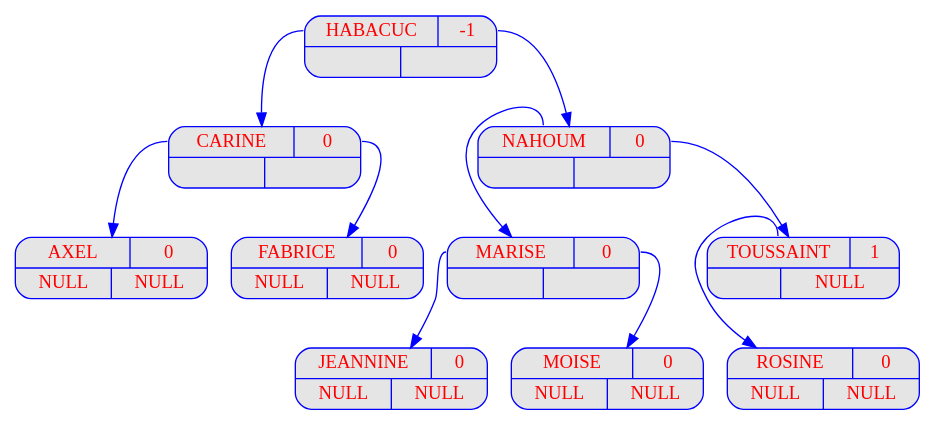
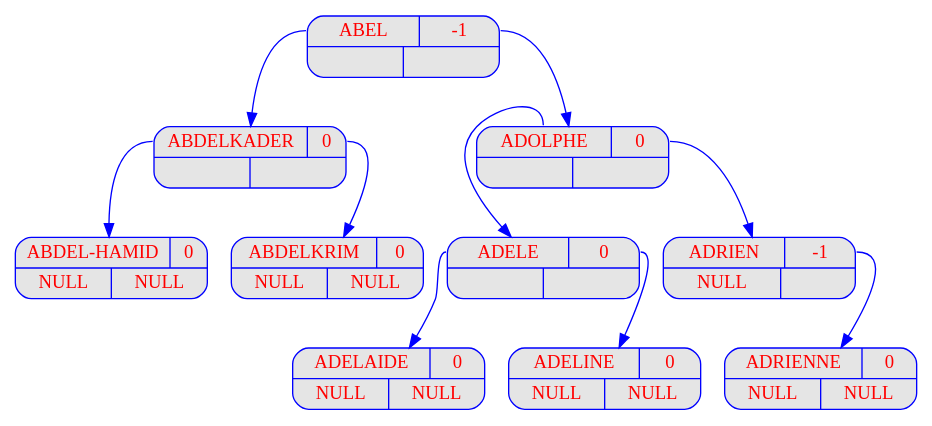
The diagram in Programme_1/output_Prog1/dot/displayAVL_v09.dot (FilRougeAAP/Fil_Rouge), drawn with Graphviz before and after one commit. The commit also changed 45 other files, not shown here.

```diff
--- a/Programme_1/output_Prog1/dot/displayAVL_v09.dot
+++ b/Programme_1/output_Prog1/dot/displayAVL_v09.dot
@@ -1,42 +1,42 @@
 digraph displayAVL {
 	node [
 		fontname  = "Arial bold" 
 		fontsize  = "14"
 		fontcolor = "red"
 		style     = "rounded, filled"
 		shape     = "record"
 		fillcolor = "grey90"
 		color     = "blue"
 		width     = "2"
 	]
 
 	edge [
 		color     = "blue"
 	]
 
-	"HABACUC" [label = "{{<g> HABACUC | <d> -1 } | { <g> | <d>}}"];
-	"HABACUC":g -> "CARINE";
-	"CARINE" [label = "{{<g> CARINE | <d> 0 } | { <g> | <d>}}"];
-	"CARINE":g -> "AXEL";
-	"AXEL" [label = "{{<g> AXEL | <d> 0 } | { <g> | <d>}}"];
-	"AXEL" [label = "{{<g> AXEL | <d> 0 }| { <g> NULL | <d> NULL}}"];
-	"CARINE":d -> "FABRICE";
-	"FABRICE" [label = "{{<g> FABRICE | <d> 0 } | { <g> | <d>}}"];
-	"FABRICE" [label = "{{<g> FABRICE | <d> 0 }| { <g> NULL | <d> NULL}}"];
-	"HABACUC":d -> "NAHOUM";
-	"NAHOUM" [label = "{{<g> NAHOUM | <d> 0 } | { <g> | <d>}}"];
-	"NAHOUM":g -> "MARISE";
-	"MARISE" [label = "{{<g> MARISE | <d> 0 } | { <g> | <d>}}"];
-	"MARISE":g -> "JEANNINE";
-	"JEANNINE" [label = "{{<g> JEANNINE | <d> 0 } | { <g> | <d>}}"];
-	"JEANNINE" [label = "{{<g> JEANNINE | <d> 0 }| { <g> NULL | <d> NULL}}"];
-	"MARISE":d -> "MOISE";
-	"MOISE" [label = "{{<g> MOISE | <d> 0 } | { <g> | <d>}}"];
-	"MOISE" [label = "{{<g> MOISE | <d> 0 }| { <g> NULL | <d> NULL}}"];
-	"NAHOUM":d -> "TOUSSAINT";
-	"TOUSSAINT" [label = "{{<g> TOUSSAINT | <d> 1 } | { <g> | <d>}}"];
-	"TOUSSAINT" [label = "{{<g> TOUSSAINT | <d> 1 }| { <g> | <d> NULL}}"];
-	"TOUSSAINT":g -> "ROSINE";
-	"ROSINE" [label = "{{<g> ROSINE | <d> 0 } | { <g> | <d>}}"];
-	"ROSINE" [label = "{{<g> ROSINE | <d> 0 }| { <g> NULL | <d> NULL}}"];
+	"ABEL" [label = "{{<g> ABEL | <d> -1 } | { <g> | <d>}}"];
+	"ABEL":g -> "ABDELKADER";
+	"ABDELKADER" [label = "{{<g> ABDELKADER | <d> 0 } | { <g> | <d>}}"];
+	"ABDELKADER":g -> "ABDEL-HAMID";
+	"ABDEL-HAMID" [label = "{{<g> ABDEL-HAMID | <d> 0 } | { <g> | <d>}}"];
+	"ABDEL-HAMID" [label = "{{<g> ABDEL-HAMID | <d> 0 }| { <g> NULL | <d> NULL}}"];
+	"ABDELKADER":d -> "ABDELKRIM";
+	"ABDELKRIM" [label = "{{<g> ABDELKRIM | <d> 0 } | { <g> | <d>}}"];
+	"ABDELKRIM" [label = "{{<g> ABDELKRIM | <d> 0 }| { <g> NULL | <d> NULL}}"];
+	"ABEL":d -> "ADOLPHE";
+	"ADOLPHE" [label = "{{<g> ADOLPHE | <d> 0 } | { <g> | <d>}}"];
+	"ADOLPHE":g -> "ADELE";
+	"ADELE" [label = "{{<g> ADELE | <d> 0 } | { <g> | <d>}}"];
+	"ADELE":g -> "ADELAIDE";
+	"ADELAIDE" [label = "{{<g> ADELAIDE | <d> 0 } | { <g> | <d>}}"];
+	"ADELAIDE" [label = "{{<g> ADELAIDE | <d> 0 }| { <g> NULL | <d> NULL}}"];
+	"ADELE":d -> "ADELINE";
+	"ADELINE" [label = "{{<g> ADELINE | <d> 0 } | { <g> | <d>}}"];
+	"ADELINE" [label = "{{<g> ADELINE | <d> 0 }| { <g> NULL | <d> NULL}}"];
+	"ADOLPHE":d -> "ADRIEN";
+	"ADRIEN" [label = "{{<g> ADRIEN | <d> -1 } | { <g> | <d>}}"];
+	"ADRIEN" [label = "{{<g> ADRIEN | <d> -1 }| { <g> NULL | <d> }}"];
+	"ADRIEN":d -> "ADRIENNE";
+	"ADRIENNE" [label = "{{<g> ADRIENNE | <d> 0 } | { <g> | <d>}}"];
+	"ADRIENNE" [label = "{{<g> ADRIENNE | <d> 0 }| { <g> NULL | <d> NULL}}"];
 }
```
